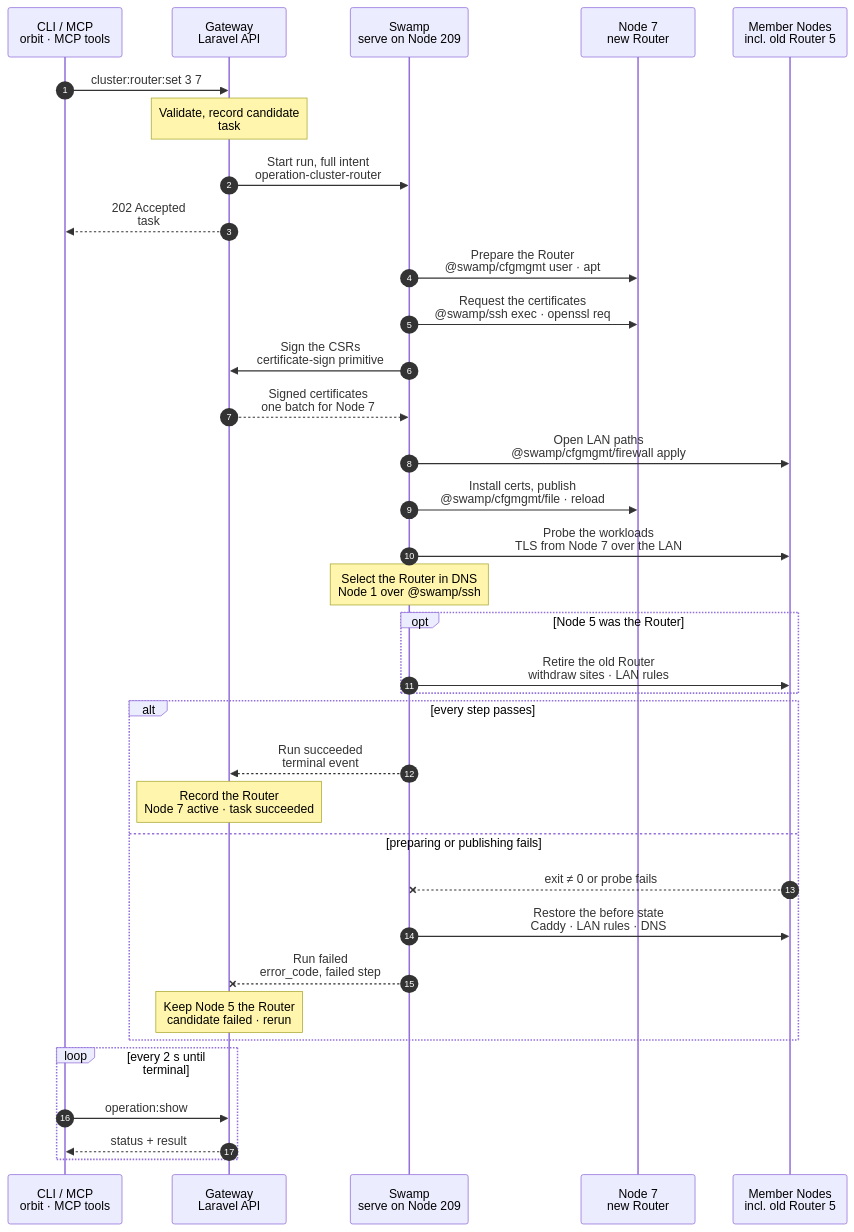
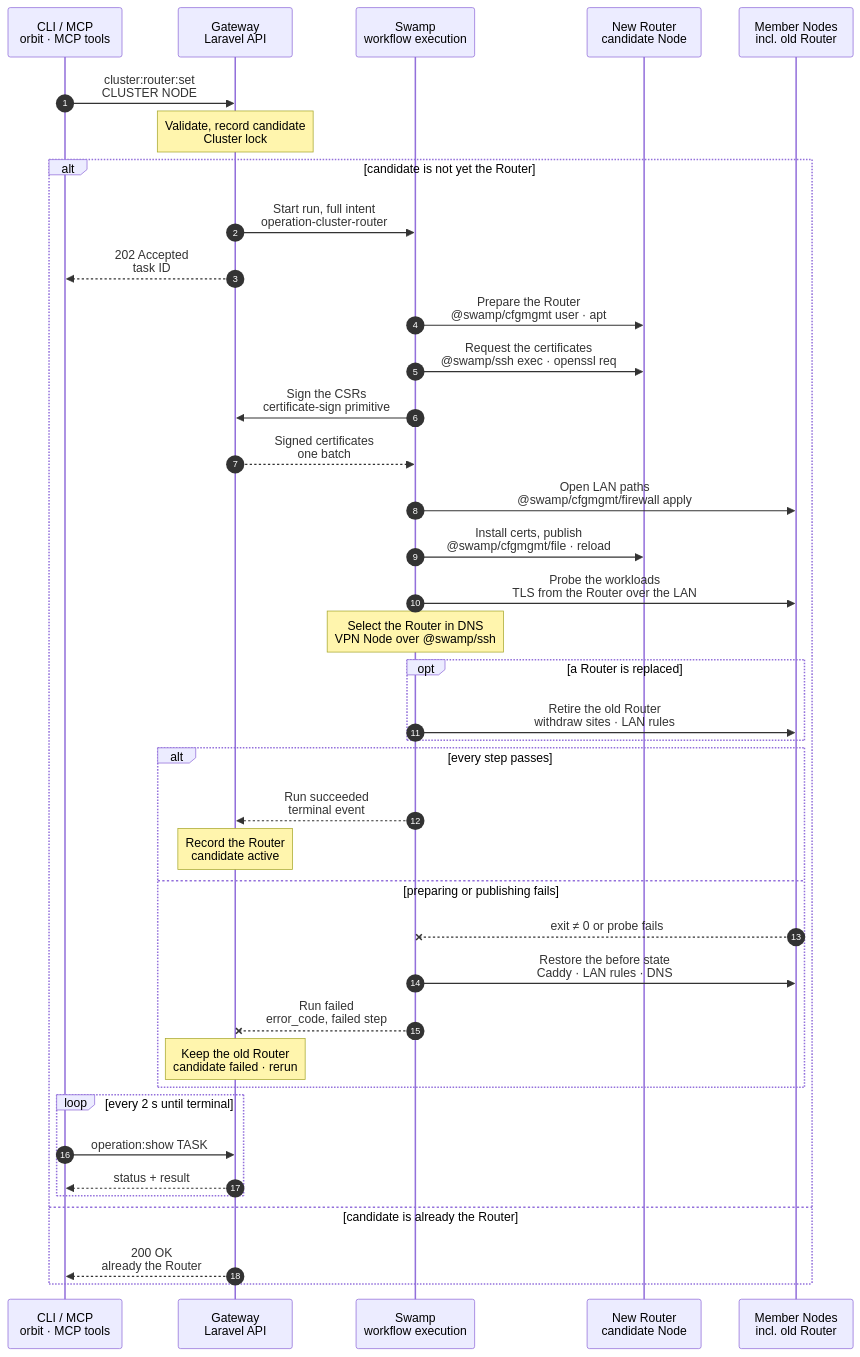
The diagram in docs/cli/cluster/router-set.mmd (hardimpactdev/orbit), drawn with Mermaid before and after one commit. The commit also changed 2 other files, not shown here.

Commit message:
docs(cluster): cluster:router:set is ready (chart, page, cases)

```diff
--- a/docs/cli/cluster/router-set.mmd
+++ b/docs/cli/cluster/router-set.mmd
@@ -1,7 +1,7 @@
 sequenceDiagram
   %% Target design: ADR 0244 task, DECISIONS 1 (cert signing is the one step→Gateway call), R2-R4. docs/reference/native-cluster-router.md, docs/cli/cluster.mdx.
   %% Tightened: flow-tighten 2026-11-02, rules 17, 18, 22 (certificates installed in the publish step, as route:create does; cfgmgmt behaviors named).
-  %% status: draft
+  %% status: reviewed
   %% command: cluster:router:set
   %% kind: cluster.router_set
   %% Pinned Caddy downloads follow admitted candidates; transport failures may try upstream, integrity failures stop.
@@ -13,122 +13,126 @@
   %% lane M icon=server pill=target tone=purple
   participant CLI as CLI / MCP<br/>orbit · MCP tools
   participant GW as Gateway<br/>Laravel API
-  participant SW as Swamp<br/>serve on Node 209
-  participant N as Node 7<br/>new Router
-  participant M as Member Nodes<br/>incl. old Router 5
-  CLI->>GW: cluster:router:set 3 7
+  participant SW as Swamp<br/>workflow execution
+  participant N as New Router<br/>candidate Node
+  participant M as Member Nodes<br/>incl. old Router
+  CLI->>GW: cluster:router:set<br/>CLUSTER NODE
   %%> Command:
-  %%> - `orbit cluster:router:set 3 7`
-  %%> - syntax: `<cluster> <node> [--idempotency-key=KEY] [--json]`
-  %%> Options:
-  %%> - `--idempotency-key`: reuses the same Operation admission for a retry with the same key
-  %%> - `--json`: waits for the terminal Operation and renders it as JSON
+  %%> - `orbit cluster:router:set CLUSTER NODE`
+  %%> - syntax: `<cluster> <node> [--json]`
   %%> Input:
-  %%> - the Cluster ID and the Node ID of an active member
+  %%> - the Cluster and the active member that becomes the Router
   %%> What it does:
-  %%> - makes Node 7 the Cluster Router: members on the LAN reach Cluster Routes through it, over HTTPS, and ask it for DNS
-  %%> - replaces the current Router, Node 5, without a gap
-  Note over GW: Validate, record candidate<br/>task #5160 · Cluster lock
+  %%> - makes the candidate the Cluster Router: members on the LAN reach Cluster Routes through it over HTTPS (Cluster DNS on the Router is not built yet)
+  %%> - replaces the current Router, if any, without a gap
+  Note over GW: Validate, record candidate<br/>Cluster lock
   %%> Requirements:
-  %%> - your Node has an access grant to Node 7
-  %%> - Node 7 is an active member of Cluster 3 with a LAN address (`cluster.router_node_invalid`)
-  %%> - no other Router change runs for Cluster 3; the Gateway waits up to 30 seconds, then refuses with `cluster.router_busy`
+  %%> - the calling Node has an access grant to the candidate
+  %%> - the candidate is an active member of the Cluster and a Linux Node with a valid account (`cluster.router_node_invalid`); a candidate without a LAN address is reached by its WireGuard address
+  %%> - no other Router change runs for the Cluster; the Gateway waits up to 30 seconds, then refuses with `cluster.router_busy`
   %%> - no unfinished replacement from another Router change (`cluster.router_transition_conflict`)
   %%> Builds:
   %%> - the Router's Caddy sites for every Cluster Route, its certificate requests, and the LAN firewall rules
   %%> - the before and after state, so a failure can restore the before state
   %%> Result:
-  %%> - Node 7's `router` assignment recorded as pending; Node 5 stays the active Router
-  %%> - task #5160 recorded with the full intent
-  GW->>SW: Start run, full intent<br/>operation-cluster-router
-  %%> What it does:
-  %%> - starts one Swamp run on serve (Node 209)
-  %%> Inputs:
-  %%> - the sites, certificate requests, LAN rules, and old Router assignments
-  %%> - the addresses and SSH host keys of Node 7 and every member; the SSH identity comes from the `swamp` role
-  GW-->>CLI: 202 Accepted<br/>task #5160
-  %%> What you get:
-  %%> - the task number, at once
-  %%> Next:
-  %%> - the CLI follows the task with `operation:show`
-  SW->>N: Prepare the Router<br/>@swamp/cfgmgmt user · apt
-  %%> How:
-  %%> - over SSH from 209 with `@swamp/ssh` and `@swamp/cfgmgmt` behaviors
-  %%> What it does:
-  %%> - the `router` role setup: the managed account, the required packages and the pinned Caddy package
-  %%> - an existing, matching install is left as it is
-  SW->>N: Request the certificates<br/>@swamp/ssh exec · openssl req
-  %%> What it does:
-  %%> - makes a key and a CSR on Node 7 for each Cluster Route domain that changed
-  %%> - the private keys never leave Node 7
-  SW->>GW: Sign the CSRs<br/>certificate-sign primitive
-  %%> Why a call to the Gateway:
-  %%> - certificate signing is the one allowed step→Gateway call; the Orbit CA stays in the Gateway
-  GW-->>SW: Signed certificates<br/>one batch for Node 7
-  %%> Returns:
-  %%> - the signed certificates; Swamp installs them on Node 7
-  SW->>M: Open LAN paths<br/>@swamp/cfgmgmt/firewall apply
-  %%> What it does:
-  %%> - on Node 7: allows 443/tcp and 53/tcp+udp from each eligible member's LAN address
-  %%> - on each workload member: allows Node 7's LAN address to its Route ports
-  %%> - identical lines are left as they are
-  %%> - one `forEach` over the members; it runs beside the certificate request, since neither needs the other
-  SW->>N: Install certs, publish<br/>@swamp/cfgmgmt/file · reload
-  %%> What it does:
-  %%> - installs the signed certificates next to their keys and writes the Router site list with `@swamp/cfgmgmt/file`, in one step as `route:create` does
-  %%> - validates the full Router site list, then reloads the running Caddy; no restart
-  SW->>M: Probe the workloads<br/>TLS from Node 7 over the LAN
-  %%> What it does:
-  %%> - checks from Node 7 that every Cluster Route's workload answers with a valid certificate
-  %%> Why:
-  %%> - Node 7 only becomes the Router when it can serve every Route
-  Note over SW: Select the Router in DNS<br/>Node 1 over @swamp/ssh
-  %%> What it does:
-  %%> - private DNS answers members' Cluster names with Node 7's LAN address, then waits the 31-second DNS grace
-  %%> How:
-  %%> - over SSH from 209 to the VPN Node (Node 1), with the `swamp` role's key
-  opt Node 5 was the Router
-    SW->>M: Retire the old Router<br/>withdraw sites · LAN rules
-    %%> When:
-    %%> - only when the run replaces a Router, after the DNS grace
+  %%> - the candidate's `router` assignment is recorded as pending; the old Router stays active
+  %%> - a task is recorded with the full intent
+  alt candidate is not yet the Router
+    GW->>SW: Start run, full intent<br/>operation-cluster-router
     %%> What it does:
-    %%> - removes the Router sites and certificates from Node 5 and reloads its Caddy
-    %%> - removes the LAN rules that only Node 5 needed; it never removes WireGuard baseline rules
-    %%> If it fails:
-    %%> - Node 7 stays the Router; the old assignment stays recorded as unfinished, and a rerun finishes it
+    %%> - starts one Swamp run
+    %%> Inputs:
+    %%> - the sites, certificate requests, LAN rules, and old Router assignments
+    %%> - the addresses and SSH host keys of the candidate and every member; the SSH identity comes from the `swamp` role
+    GW-->>CLI: 202 Accepted<br/>task ID
+    %%> What you get:
+    %%> - the task ID, at once
+    %%> Next:
+    %%> - the CLI follows the task with `operation:show`
+    SW->>N: Prepare the Router<br/>@swamp/cfgmgmt user · apt
+    %%> How:
+    %%> - over SSH with `@swamp/ssh` and `@swamp/cfgmgmt` behaviors
+    %%> What it does:
+    %%> - the `router` role setup: the managed account, the required packages and the pinned Caddy package
+    %%> - an existing, matching install is left as it is
+    SW->>N: Request the certificates<br/>@swamp/ssh exec · openssl req
+    %%> What it does:
+    %%> - makes a key and a CSR on the candidate for each Cluster Route domain that changed
+    %%> - the private keys never leave the candidate
+    SW->>GW: Sign the CSRs<br/>certificate-sign primitive
+    %%> Why a call to the Gateway:
+    %%> - certificate signing is the one allowed step→Gateway call; the Orbit CA stays in the Gateway
+    GW-->>SW: Signed certificates<br/>one batch
+    %%> Returns:
+    %%> - the signed certificates; Swamp installs them on the candidate
+    SW->>M: Open LAN paths<br/>@swamp/cfgmgmt/firewall apply
+    %%> What it does:
+    %%> - on the candidate: allows 443/tcp and 53/tcp+udp from each eligible member's LAN address
+    %%> - on each workload member: allows the candidate's LAN address to its Route ports
+    %%> - identical lines are left as they are
+    %%> - one `forEach` over the members; it runs after the certificates are signed
+    SW->>N: Install certs, publish<br/>@swamp/cfgmgmt/file · reload
+    %%> What it does:
+    %%> - installs the signed certificates next to their keys and writes the Router site list with `@swamp/cfgmgmt/file`, in one step as `route:create` does
+    %%> - validates the full Router site list, then reloads the running Caddy; no restart
+    SW->>M: Probe the workloads<br/>TLS from the Router over the LAN
+    %%> What it does:
+    %%> - checks from the candidate that every Cluster Route's workload answers with a valid certificate
+    %%> Why:
+    %%> - the candidate only becomes the Router when it can serve every Route
+    Note over SW: Select the Router in DNS<br/>VPN Node over @swamp/ssh
+    %%> What it does:
+    %%> - private DNS answers members' Cluster names with the candidate's LAN address, then waits the 31-second DNS grace
+    %%> How:
+    %%> - over SSH to the VPN Node, with the `swamp` role's key
+    opt a Router is replaced
+      SW->>M: Retire the old Router<br/>withdraw sites · LAN rules
+      %%> When:
+      %%> - only when the run replaces a Router, after the DNS grace
+      %%> What it does:
+      %%> - removes the Router sites and certificates from the old Router and reloads its Caddy
+      %%> - removes the LAN rules that only the old Router needed; it never removes WireGuard baseline rules
+      %%> If it fails:
+      %%> - the candidate stays the Router; the old assignment stays recorded as unfinished, and a rerun finishes it
+    end
+    alt every step passes
+      SW-->>GW: Run succeeded<br/>terminal event
+      %%> How the Gateway learns it:
+      %%> - its shared run reader sees the terminal event; Swamp never calls the Gateway
+      Note over GW: Record the Router<br/>candidate active
+      %%> Result:
+      %%> - the candidate's `router` assignment becomes active; the old one is deleted
+      %%> - the task succeeds
+    else preparing or publishing fails
+      M--xSW: exit ≠ 0 or probe fails
+      %%> When:
+      %%> - a setup, certificate, firewall or Caddy step fails, a workload probe fails, or the DNS selection fails
+      SW->>M: Restore the before state<br/>Caddy · LAN rules · DNS
+      %%> What it does:
+      %%> - puts back the captured Caddy, firewall and DNS state, so the old Router keeps serving
+      SW--xGW: Run failed<br/>error_code, failed step
+      %%> The Gateway reads:
+      %%> - which step failed, its error code, and whether the restore passed
+      %%> - if the restore fails too, the candidate is marked failed, the old assignment stays active, and the result says so; `doctor` shows the drift
+      Note over GW: Keep the old Router<br/>candidate failed · rerun
+      %%> Result:
+      %%> - the candidate's assignment is marked failed; the old Router stays active
+      %%> - the task fails
+      %%> On the Node:
+      %%> - packages and Caddy on the candidate stay; that is harmless
+      %%> Retry:
+      %%> - run the same command again after fixing the cause
+    end
+    loop every 2 s until terminal
+      CLI->>GW: operation:show TASK
+      %%> What it does:
+      %%> - asks for the task's status every 2 seconds until it has ended
+      GW-->>CLI: status + result
+      %%> Returns:
+      %%> - the current status, and the result once the task has ended
+    end
+  else candidate is already the Router
+    GW-->>CLI: 200 OK<br/>already the Router
+    %%> Skipped:
+    %%> - the candidate is the active Router and no replacement is pending, so nothing runs and the result reports `Skipped — already the Router (cluster.router_unchanged)`
   end
-  alt every step passes
-    SW-->>GW: Run succeeded<br/>terminal event
-    %%> How the Gateway learns it:
-    %%> - its shared run reader sees the terminal event; Swamp never calls the Gateway
-    Note over GW: Record the Router<br/>Node 7 active · task succeeded
-    %%> Result:
-    %%> - Node 7's `router` assignment becomes active; Node 5's is deleted
-    %%> - task #5160 succeeds
-  else preparing or publishing fails
-    M--xSW: exit ≠ 0 or probe fails
-    %%> When:
-    %%> - a setup, certificate, firewall or Caddy step fails, or a workload probe fails
-    SW->>M: Restore the before state<br/>Caddy · LAN rules · DNS
-    %%> What it does:
-    %%> - puts back the captured Caddy, firewall and DNS state, so Node 5 keeps serving
-    SW--xGW: Run failed<br/>error_code, failed step
-    %%> The Gateway reads:
-    %%> - which step failed, its error code, and whether the restore passed
-    Note over GW: Keep Node 5 the Router<br/>candidate failed · rerun
-    %%> Result:
-    %%> - Node 7's assignment is marked failed; Node 5 stays the active Router
-    %%> - task #5160 fails
-    %%> On the Node:
-    %%> - packages and Caddy on Node 7 stay; that is harmless
-    %%> Retry:
-    %%> - run the same command again after fixing the cause
-  end
-  loop every 2 s until terminal
-    CLI->>GW: operation:show #5160
-    %%> What it does:
-    %%> - asks for the task's status every 2 seconds until it has ended
-    GW-->>CLI: status + result
-    %%> Returns:
-    %%> - the current status, and the result once the task has ended
-  end
```
